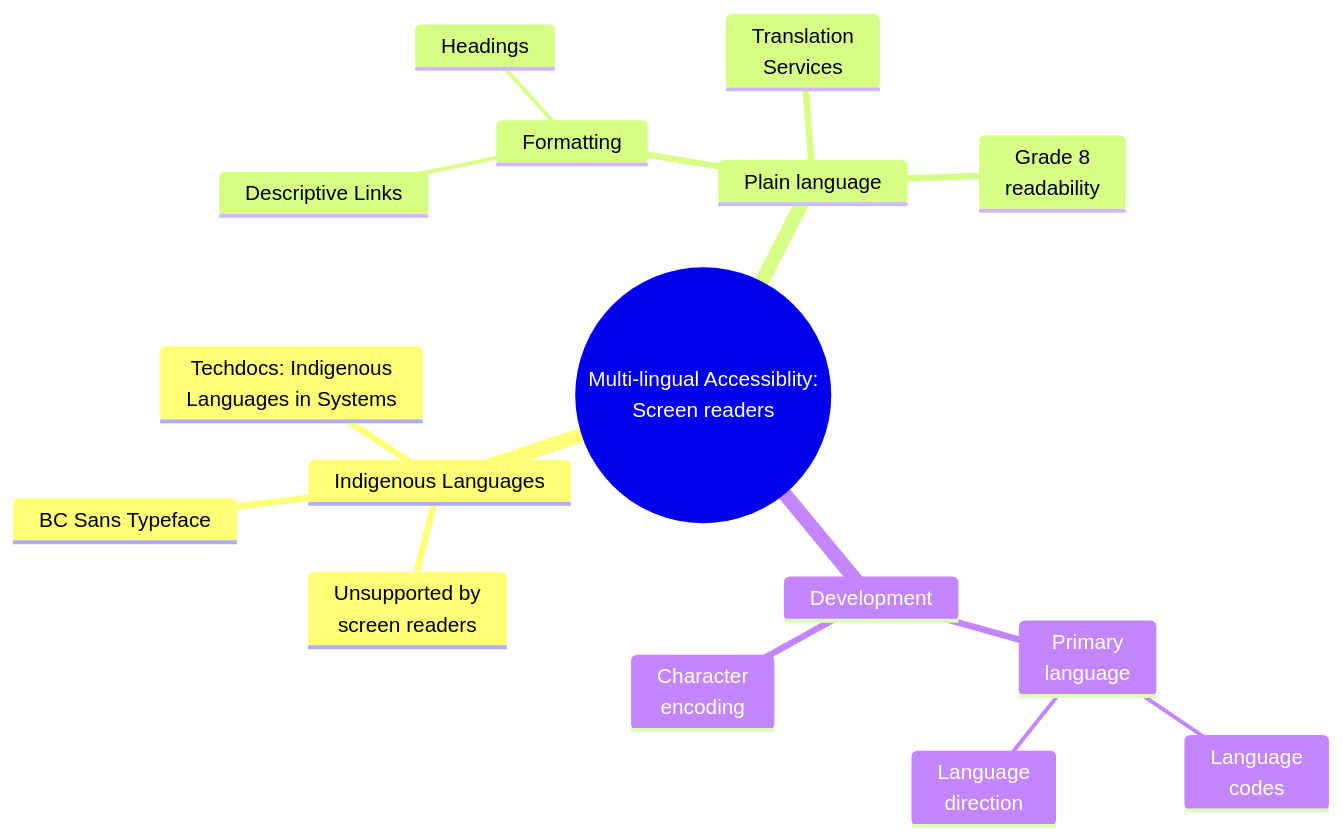
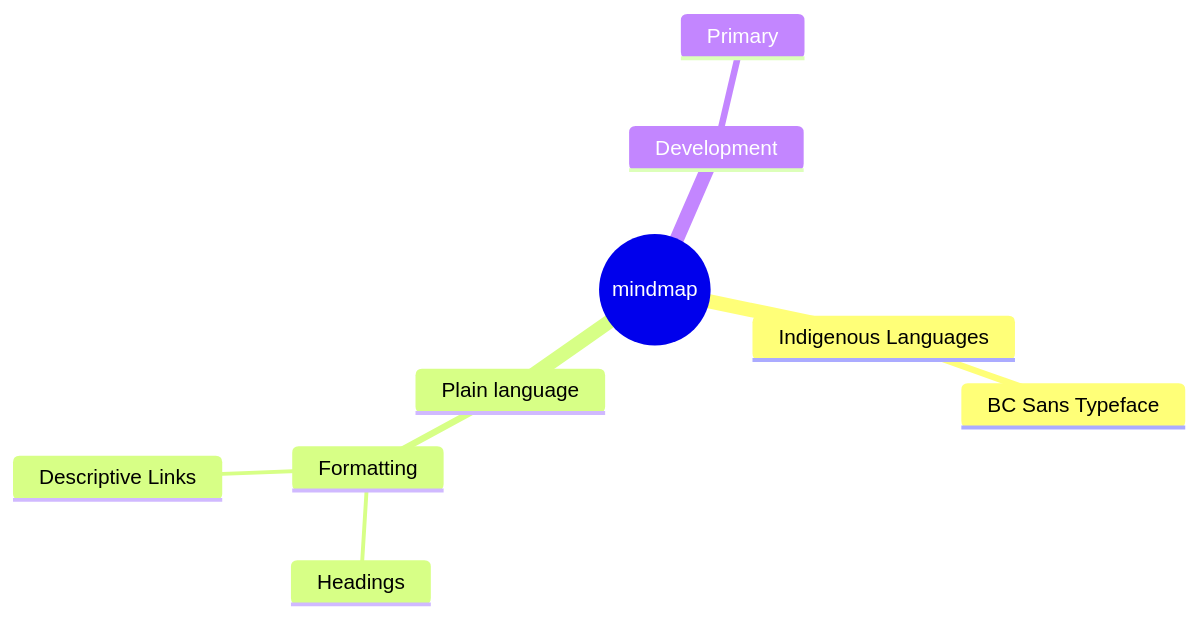
The diagram in docs/accessibility-resources.md (bcgov/bcdg), drawn with Mermaid before and after one commit.

Commit message:
debugging mermaid diagram

````diff
--- a/docs/accessibility-resources.md
+++ b/docs/accessibility-resources.md
@@ -8,21 +8,14 @@
 ```mermaid
   mindmap
-    root((Multi-lingual Accessiblity: <br/> Screen readers))
+    root((mindmap))
       Indigenous Languages
-              Unsupported by<br/> screen readers
-              BC Sans Typeface
-              Techdocs: Indigenous<br/> Languages in Systems
+        BC Sans Typeface
                 
       Plain language
-          Formatting
-              Headings
-              Descriptive Links
-          Grade 8 <br/> readability
-          Translation<br/> Services
+        Formatting
+          Headings
+          Descriptive Links
 
       Development
-          Primary<br/> language
-              Language<br/> codes
-              Language<br/> direction
-          Character<br/> encoding
+        Primary
 ```
````
